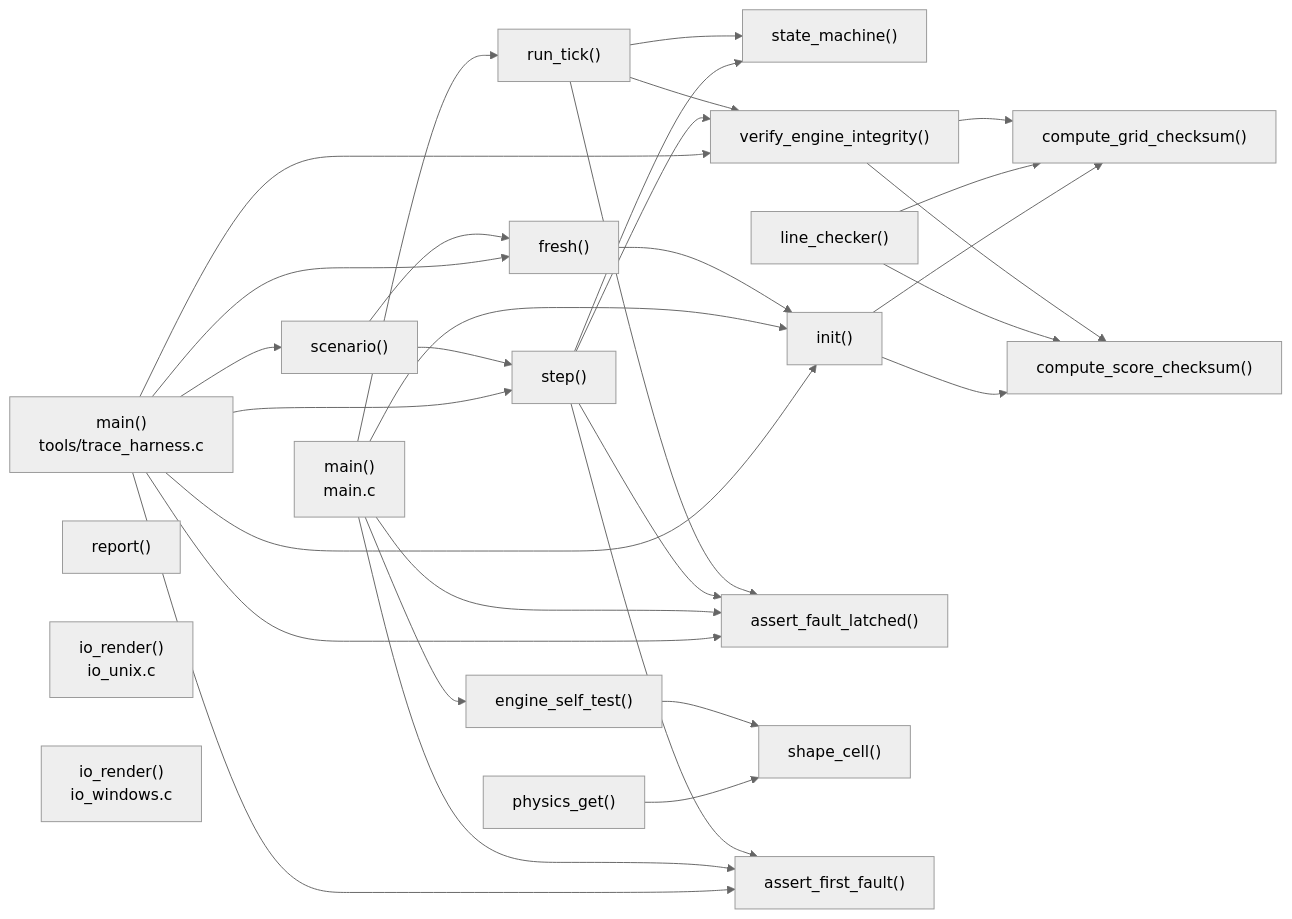
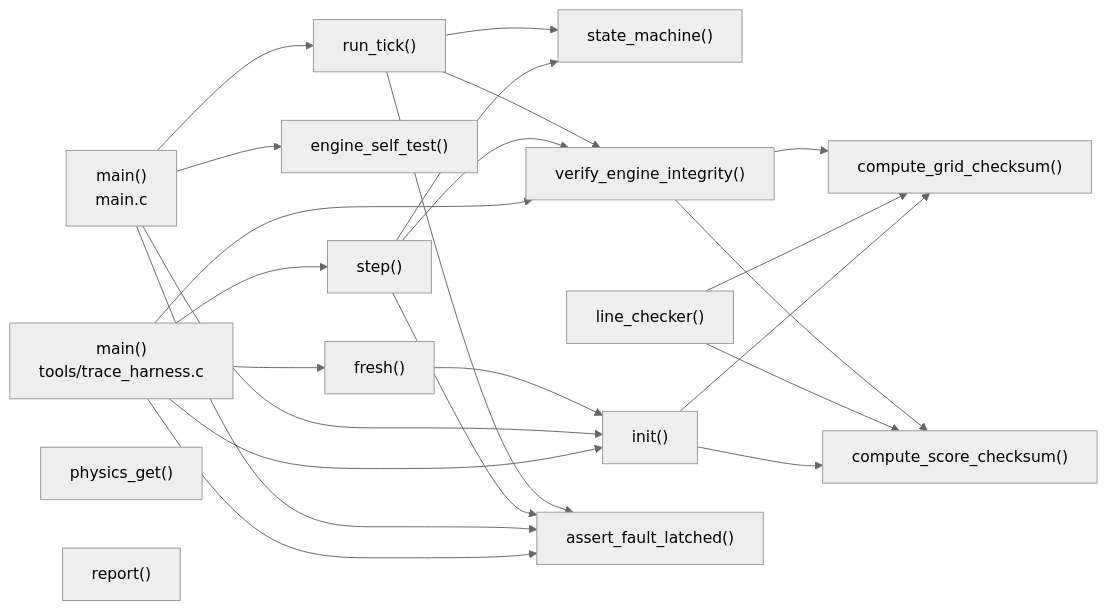
One commit to spaceadler/spacetetris changed the second of 2 diagrams in CODEMAP.md. Above: the diagram before and after it, drawn with Mermaid (neutral theme). The commit also changed other lines of this file, not shown here.

Commit message:
docs: regenerate CODEMAP.md with the narrower layout

````diff
--- a/CODEMAP.md
+++ b/CODEMAP.md
@@ -65,53 +60,40 @@
 ```mermaid
 flowchart LR
     n_tools_trace_harness_main["main()<br/>tools/trace_harness.c"]
     n_tetris_state_machine["state_machine()"]
     n_tetris_init["init()"]
     n_tetris_line_checker["line_checker()"]
     n_main_main["main()<br/>main.c"]
     n_tetris_physics_get["physics_get()"]
     n_tools_trace_harness_step["step()"]
     n_tetris_compute_grid_checksum["compute_grid_checksum()"]
     n_tetris_engine_self_test["engine_self_test()"]
     n_tools_callgraph_report["report()"]
     n_main_run_tick["run_tick()"]
     n_tetris_verify_engine_integrity["verify_engine_integrity()"]
     n_assert_handler_assert_fault_latched["assert_fault_latched()"]
     n_tetris_compute_score_checksum["compute_score_checksum()"]
     n_tools_trace_harness_fresh["fresh()"]
-    n_io_unix_io_render["io_render()<br/>io_unix.c"]
-    n_io_windows_io_render["io_render()<br/>io_windows.c"]
-    n_tools_trace_harness_scenario["scenario()"]
-    n_tetris_shape_cell["shape_cell()"]
-    n_assert_handler_assert_first_fault["assert_first_fault()"]
     n_tools_trace_harness_main --> n_tools_trace_harness_fresh
-    n_tools_trace_harness_main --> n_tools_trace_harness_scenario
     n_tools_trace_harness_main --> n_tools_trace_harness_step
     n_tools_trace_harness_main --> n_tetris_verify_engine_integrity
     n_tools_trace_harness_main --> n_assert_handler_assert_fault_latched
-    n_tools_trace_harness_main --> n_assert_handler_assert_first_fault
     n_tools_trace_harness_main --> n_tetris_init
     n_tetris_init --> n_tetris_compute_grid_checksum
     n_tetris_init --> n_tetris_compute_score_checksum
     n_tetris_line_checker --> n_tetris_compute_grid_checksum
     n_tetris_line_checker --> n_tetris_compute_score_checksum
     n_main_main --> n_main_run_tick
     n_main_main --> n_tetris_engine_self_test
     n_main_main --> n_tetris_init
     n_main_main --> n_assert_handler_assert_fault_latched
-    n_main_main --> n_assert_handler_assert_first_fault
-    n_tetris_physics_get --> n_tetris_shape_cell
     n_tools_trace_harness_step --> n_tetris_state_machine
     n_tools_trace_harness_step --> n_tetris_verify_engine_integrity
     n_tools_trace_harness_step --> n_assert_handler_assert_fault_latched
-    n_tools_trace_harness_step --> n_assert_handler_assert_first_fault
-    n_tetris_engine_self_test --> n_tetris_shape_cell
     n_main_run_tick --> n_assert_handler_assert_fault_latched
     n_main_run_tick --> n_tetris_state_machine
     n_main_run_tick --> n_tetris_verify_engine_integrity
     n_tetris_verify_engine_integrity --> n_tetris_compute_grid_checksum
     n_tetris_verify_engine_integrity --> n_tetris_compute_score_checksum
     n_tools_trace_harness_fresh --> n_tetris_init
-    n_tools_trace_harness_scenario --> n_tools_trace_harness_fresh
-    n_tools_trace_harness_scenario --> n_tools_trace_harness_step
 ```
````
